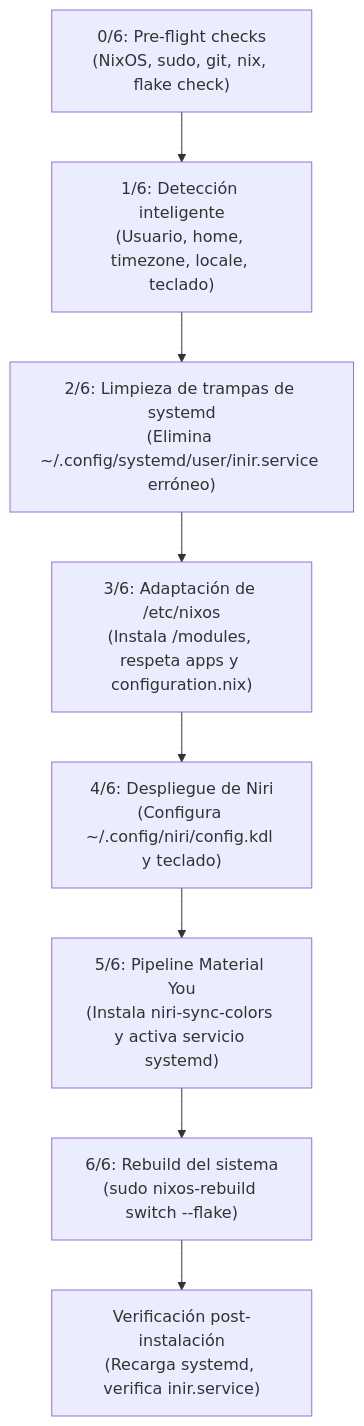
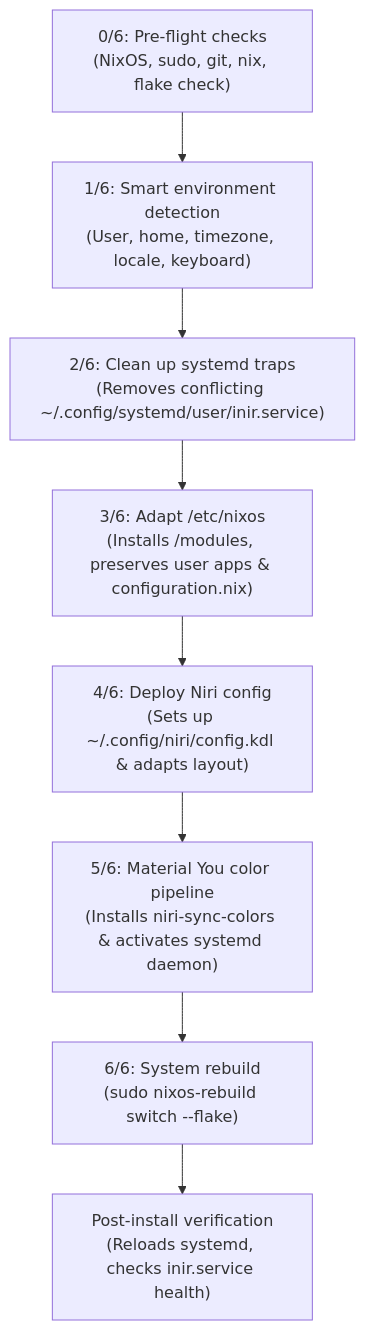
Before and after one commit to LATAR-web/inir-nixos: the diagram in README.md, drawn with Mermaid. The commit also changed other lines of this file and 1 other file, not shown here.

````diff
--- a/README.md
+++ b/README.md
@@ -81,10 +86,10 @@
 ```mermaid
 flowchart TD
-    A["0/6: Pre-flight checks<br>(NixOS, sudo, git, nix, flake check)"] --> B["1/6: Detección inteligente<br>(Usuario, home, timezone, locale, teclado)"]
-    B --> C["2/6: Limpieza de trampas de systemd<br>(Elimina ~/.config/systemd/user/inir.service erróneo)"]
-    C --> D["3/6: Adaptación de /etc/nixos<br>(Instala /modules, respeta apps y configuration.nix)"]
-    D --> E["4/6: Despliegue de Niri<br>(Configura ~/.config/niri/config.kdl y teclado)"]
-    E --> F["5/6: Pipeline Material You<br>(Instala niri-sync-colors y activa servicio systemd)"]
-    F --> G["6/6: Rebuild del sistema<br>(sudo nixos-rebuild switch --flake)"]
-    G --> H["Verificación post-instalación<br>(Recarga systemd, verifica inir.service)"]
+    A["0/6: Pre-flight checks<br>(NixOS, sudo, git, nix, flake check)"] --> B["1/6: Smart environment detection<br>(User, home, timezone, locale, keyboard)"]
+    B --> C["2/6: Clean up systemd traps<br>(Removes conflicting ~/.config/systemd/user/inir.service)"]
+    C --> D["3/6: Adapt /etc/nixos<br>(Installs /modules, preserves user apps & configuration.nix)"]
+    D --> E["4/6: Deploy Niri config<br>(Sets up ~/.config/niri/config.kdl & adapts layout)"]
+    E --> F["5/6: Material You color pipeline<br>(Installs niri-sync-colors & activates systemd daemon)"]
+    F --> G["6/6: System rebuild<br>(sudo nixos-rebuild switch --flake)"]
+    G --> H["Post-install verification<br>(Reloads systemd, checks inir.service health)"]
 ```
````
